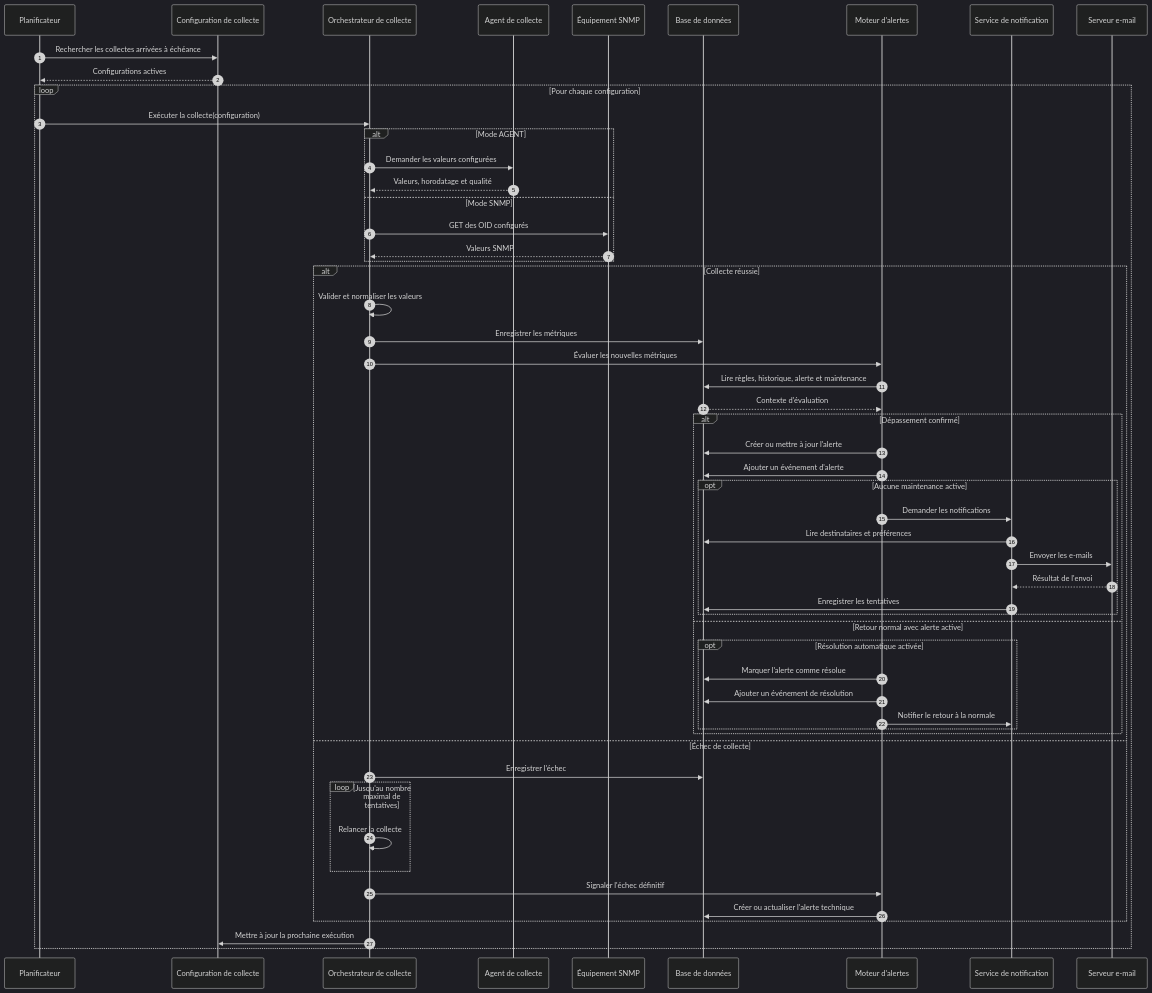
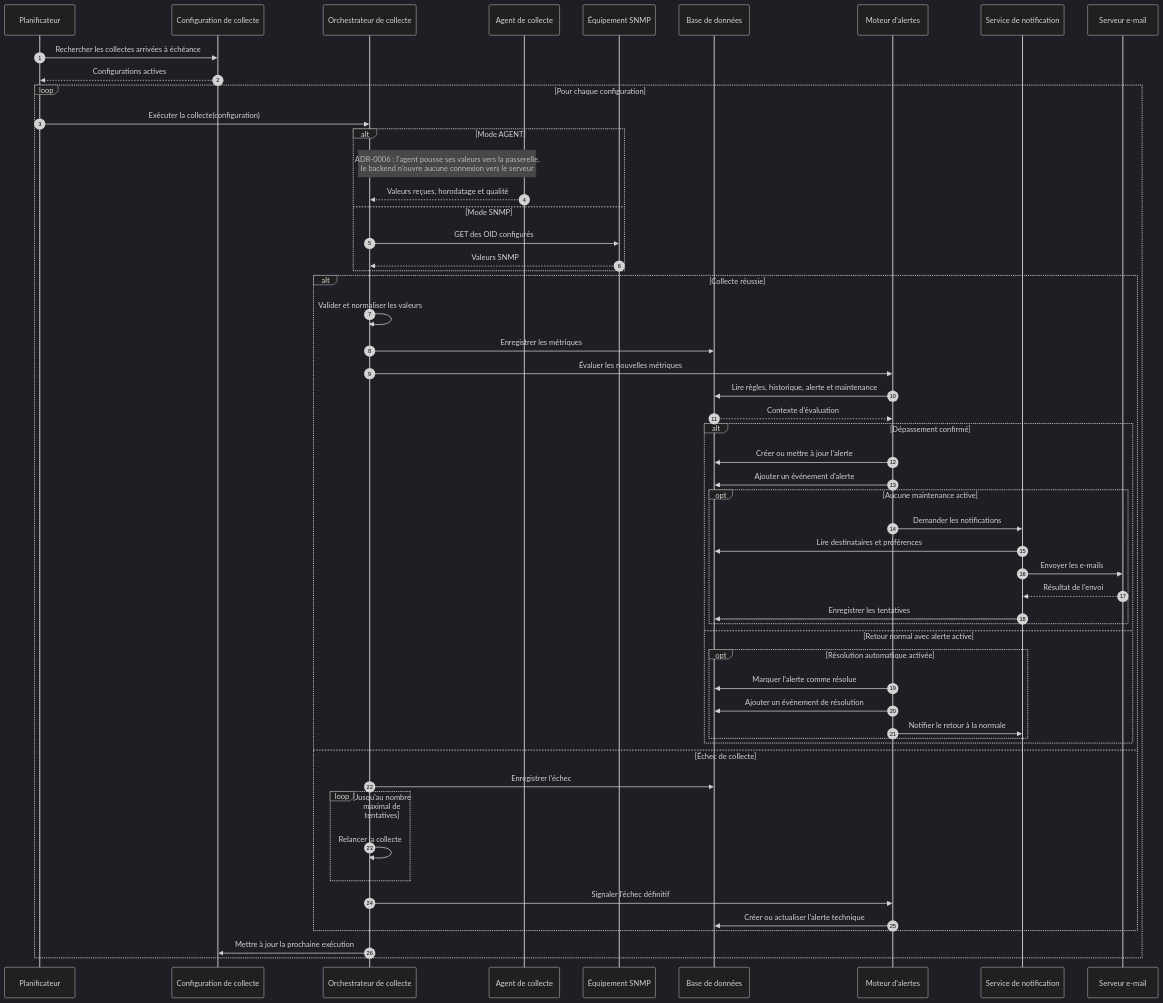
One commit to boubacarsidibe/Trans-DIC1 changed the diagram in docs/architecture/diagrams/03-sequences/collection-and-alert.mmd. Above: the diagram before and after it, drawn with Mermaid (dark theme). The commit also changed 19 other files, not shown here.

First line of the commit message:
docs: ajouter les ADR 0002 à 0006, le dossier d'architecture et aligner les diagrammes

```diff
--- a/docs/architecture/diagrams/03-sequences/collection-and-alert.mmd
+++ b/docs/architecture/diagrams/03-sequences/collection-and-alert.mmd
@@ -1,60 +1,60 @@
 sequenceDiagram
     autonumber
     participant P as Planificateur
     participant C as Configuration de collecte
     participant O as Orchestrateur de collecte
     participant A as Agent de collecte
     participant S as Équipement SNMP
     participant DB as Base de données
     participant M as Moteur d'alertes
     participant N as Service de notification
     participant E as Serveur e-mail
 
     P->>C: Rechercher les collectes arrivées à échéance
     C-->>P: Configurations actives
 
     loop Pour chaque configuration
         P->>O: Exécuter la collecte(configuration)
         alt Mode AGENT
-            O->>A: Demander les valeurs configurées
-            A-->>O: Valeurs, horodatage et qualité
+            Note over O,A: ADR-0006 : l'agent pousse ses valeurs vers la passerelle,<br/>le backend n'ouvre aucune connexion vers le serveur
+            A-->>O: Valeurs reçues, horodatage et qualité
         else Mode SNMP
             O->>S: GET des OID configurés
             S-->>O: Valeurs SNMP
         end
 
         alt Collecte réussie
             O->>O: Valider et normaliser les valeurs
             O->>DB: Enregistrer les métriques
             O->>M: Évaluer les nouvelles métriques
             M->>DB: Lire règles, historique, alerte et maintenance
             DB-->>M: Contexte d'évaluation
 
             alt Dépassement confirmé
                 M->>DB: Créer ou mettre à jour l'alerte
                 M->>DB: Ajouter un événement d'alerte
                 opt Aucune maintenance active
                     M->>N: Demander les notifications
                     N->>DB: Lire destinataires et préférences
                     N->>E: Envoyer les e-mails
                     E-->>N: Résultat de l'envoi
                     N->>DB: Enregistrer les tentatives
                 end
             else Retour normal avec alerte active
                 opt Résolution automatique activée
                     M->>DB: Marquer l'alerte comme résolue
                     M->>DB: Ajouter un événement de résolution
                     M->>N: Notifier le retour à la normale
                 end
             end
         else Échec de collecte
             O->>DB: Enregistrer l'échec
             loop Jusqu'au nombre maximal de tentatives
                 O->>O: Relancer la collecte
             end
             O->>M: Signaler l'échec définitif
             M->>DB: Créer ou actualiser l'alerte technique
         end
 
         O->>C: Mettre à jour la prochaine exécution
     end
```
